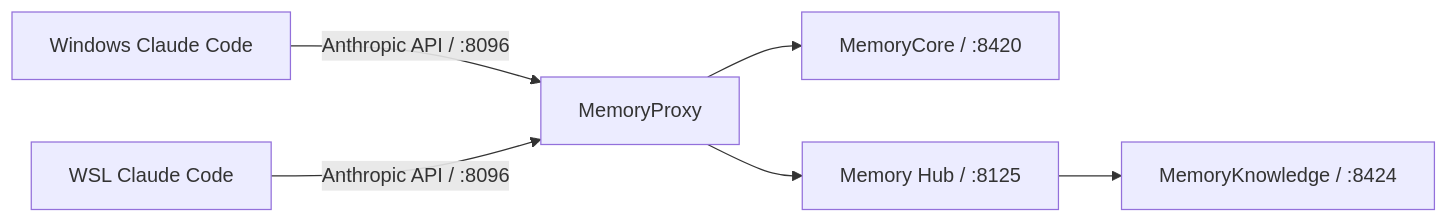
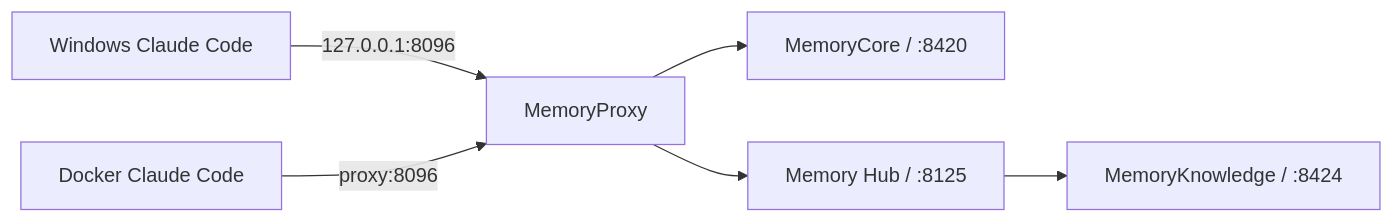
The diagram in docs/superpowers/specs/2026-08-08-tencentdb-local-reproduction-design.md (psiQAQ/agents-memory), drawn with Mermaid before and after one commit. The commit also changed other lines of this file and 1 other file, not shown here.

Commit message:
chore: prepare Windows and Docker Claude test

````diff
--- a/docs/superpowers/specs/2026-08-08-tencentdb-local-reproduction-design.md
+++ b/docs/superpowers/specs/2026-08-08-tencentdb-local-reproduction-design.md
@@ -43,8 +46,8 @@
 ```mermaid
 flowchart LR
-    WC["Windows Claude Code"] -->|"Anthropic API / :8096"| P["MemoryProxy"]
-    LC["WSL Claude Code"] -->|"Anthropic API / :8096"| P
+    WC["Windows Claude Code"] -->|"127.0.0.1:8096"| P["MemoryProxy"]
+    DC["Docker Claude Code"] -->|"proxy:8096"| P
     P --> C["MemoryCore / :8420"]
     P --> H["Memory Hub / :8125"]
     H --> K["MemoryKnowledge / :8424"]
 ```
````
